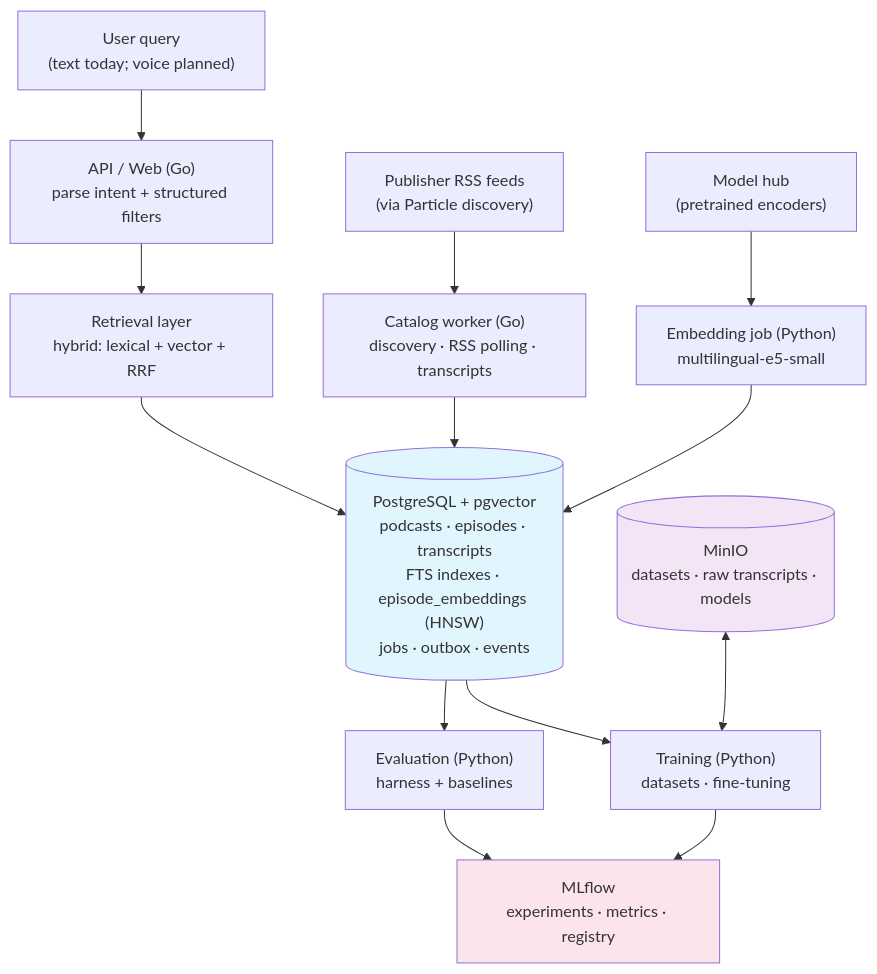
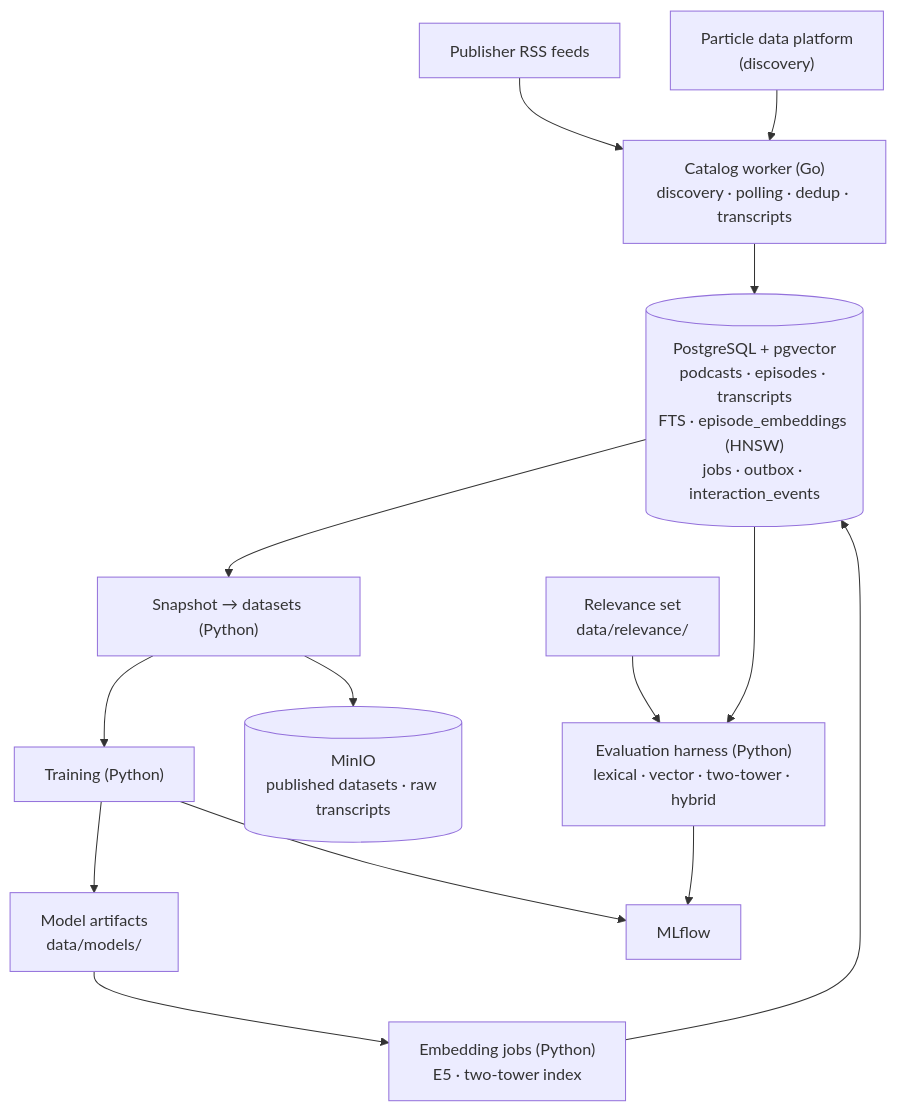
The diagram in docs/01-architecture.md (poornanat1/podcast-retrieval), drawn with Mermaid before and after one commit. The commit also changed other lines of this file and 15 other files, not shown here.

````diff
--- a/docs/01-architecture.md
+++ b/docs/01-architecture.md
@@ -7,21 +3,16 @@
 ```mermaid
 flowchart TB
-    U["User query<br/>(text today; voice planned)"] --> API["API / Web (Go)<br/>parse intent + structured filters"]
-    API --> RET["Retrieval layer<br/>hybrid: lexical + vector + RRF"]
-    RET --> PG[("PostgreSQL + pgvector<br/>podcasts · episodes · transcripts<br/>FTS indexes · episode_embeddings (HNSW)<br/>jobs · outbox · events")]
-
-    CW["Catalog worker (Go)<br/>discovery · RSS polling · transcripts"] --> PG
-    EMB["Embedding job (Python)<br/>multilingual-e5-small"] --> PG
-    TRAIN["Training (Python)<br/>datasets · fine-tuning"] --> MLF["MLflow<br/>experiments · metrics · registry"]
-    EVAL["Evaluation (Python)<br/>harness + baselines"] --> MLF
-    PG --> TRAIN
-    PG --> EVAL
-
-    FEEDS["Publisher RSS feeds<br/>(via Particle discovery)"] --> CW
-    HF["Model hub<br/>(pretrained encoders)"] --> EMB
-    MINIO[("MinIO<br/>datasets · raw transcripts · models")] <--> TRAIN
-
-    style PG fill:#e1f5ff
-    style MLF fill:#fce4ec
-    style MINIO fill:#f3e5f5
+    FEEDS["Publisher RSS feeds"] --> CW["Catalog worker (Go)<br/>discovery · polling · dedup · transcripts"]
+    PART["Particle data platform<br/>(discovery)"] --> CW
+    CW --> PG[("PostgreSQL + pgvector<br/>podcasts · episodes · transcripts<br/>FTS · episode_embeddings (HNSW)<br/>jobs · outbox · interaction_events")]
+    EMB["Embedding jobs (Python)<br/>E5 · two-tower index"] --> PG
+    PG --> SNAP["Snapshot → datasets (Python)"]
+    SNAP --> TRAIN["Training (Python)"]
+    TRAIN --> ART["Model artifacts<br/>data/models/"]
+    ART --> EMB
+    PG --> EVAL["Evaluation harness (Python)<br/>lexical · vector · two-tower · hybrid"]
+    REL["Relevance set<br/>data/relevance/"] --> EVAL
+    EVAL --> MLF["MLflow"]
+    TRAIN --> MLF
+    SNAP --> MINIO[("MinIO<br/>published datasets · raw transcripts")]
 ```
````
